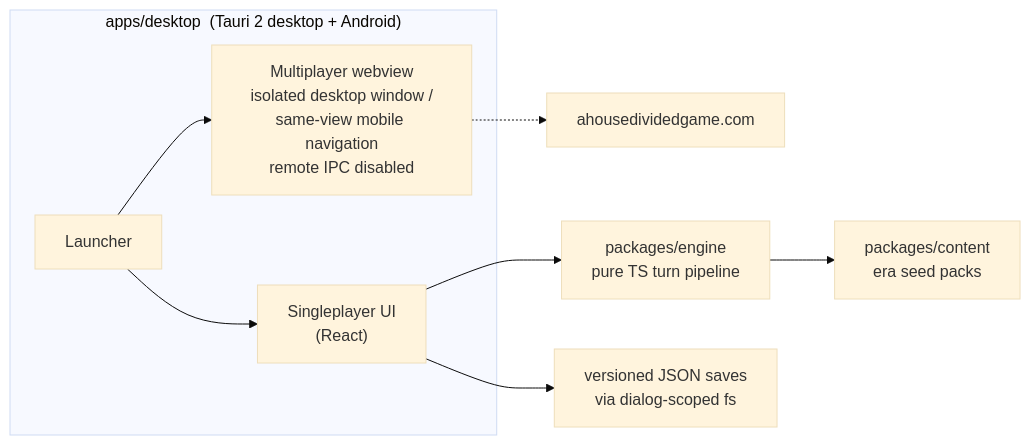
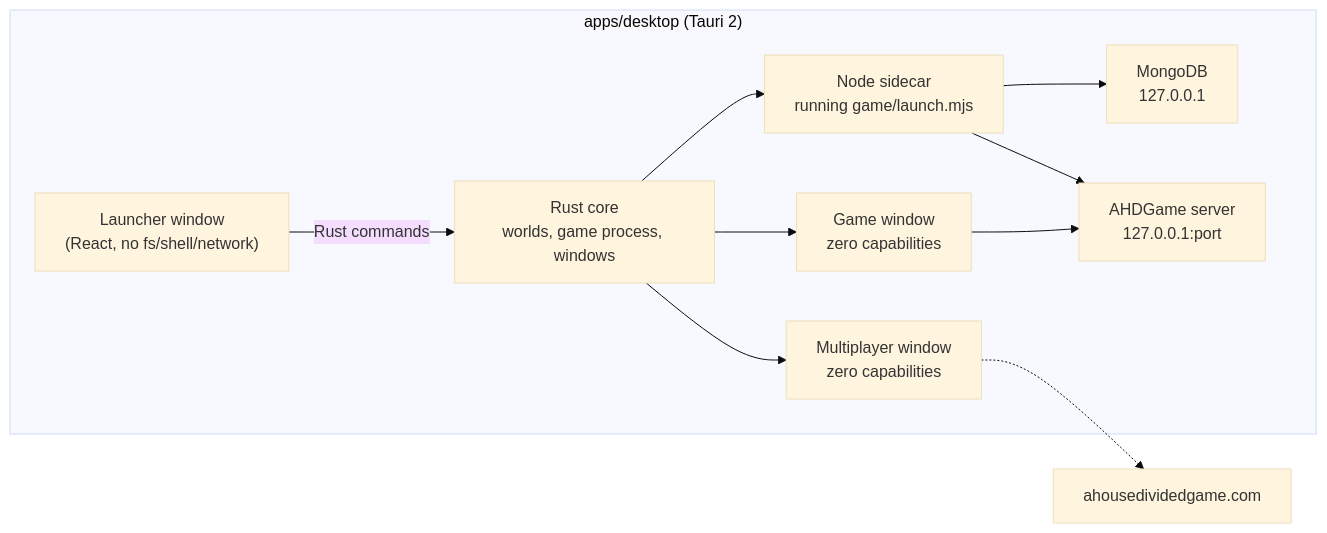
The diagram in README.md (Egg3901/AHDClient), drawn with Mermaid (base theme) before and after one commit. The commit also changed other lines of this file and 695 other files, not shown here.

First line of the commit message:
feat!: run the real game locally; drop the ported engine

````diff
--- a/README.md
+++ b/README.md
@@ -39,11 +39,13 @@
 ```mermaid
 flowchart LR
-  subgraph client["apps/desktop &nbsp;(Tauri 2 desktop + Android)"]
-    launcher["Launcher"] --> online["Multiplayer webview\nisolated desktop window /\nsame-view mobile navigation\nremote IPC disabled"]
-    launcher --> sp["Singleplayer UI\n(React)"]
+  subgraph client["apps/desktop (Tauri 2)"]
+    launcher["Launcher window\n(React, no fs/shell/network)"] -->|Rust commands| rust["Rust core\nworlds, game process, windows"]
+    rust --> node["Node sidecar\nrunning game/launch.mjs"]
+    node --> mongo["MongoDB\n127.0.0.1"]
+    node --> server["AHDGame server\n127.0.0.1:port"]
+    rust --> game["Game window\nzero capabilities"]
+    rust --> online["Multiplayer window\nzero capabilities"]
   end
-  sp --> engine["packages/engine\npure TS turn pipeline"]
-  engine --> content["packages/content\nera seed packs"]
+  game --> server
   online -.-> live["ahousedividedgame.com"]
-  sp --> saves["versioned JSON saves\nvia dialog-scoped fs"]
 ```
````
